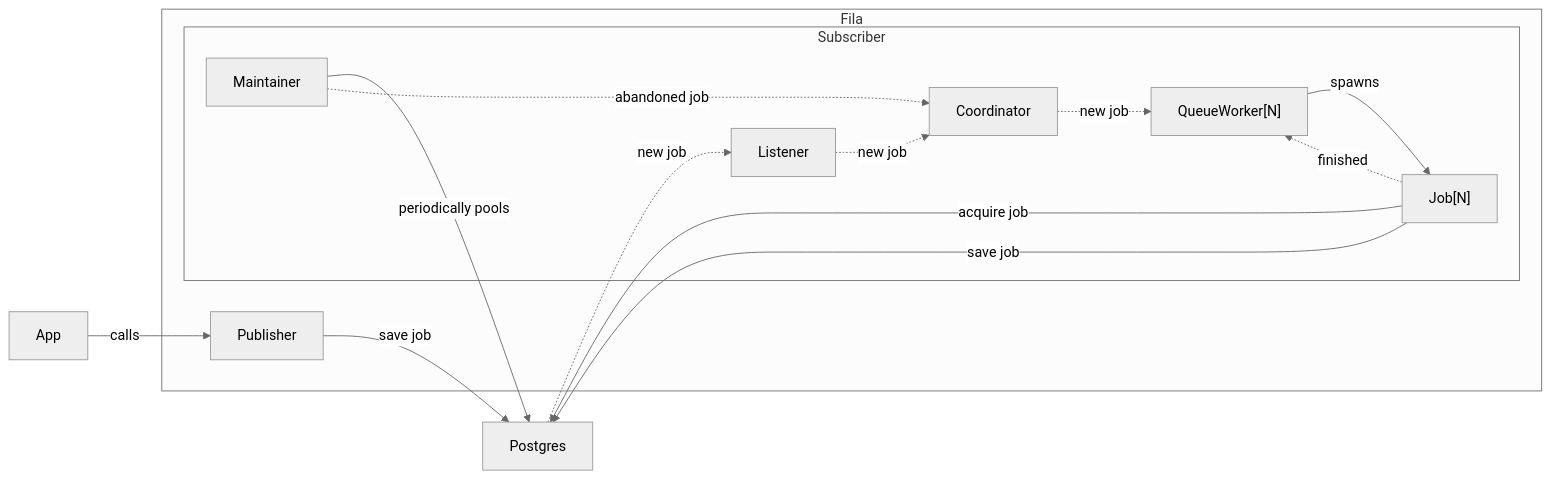
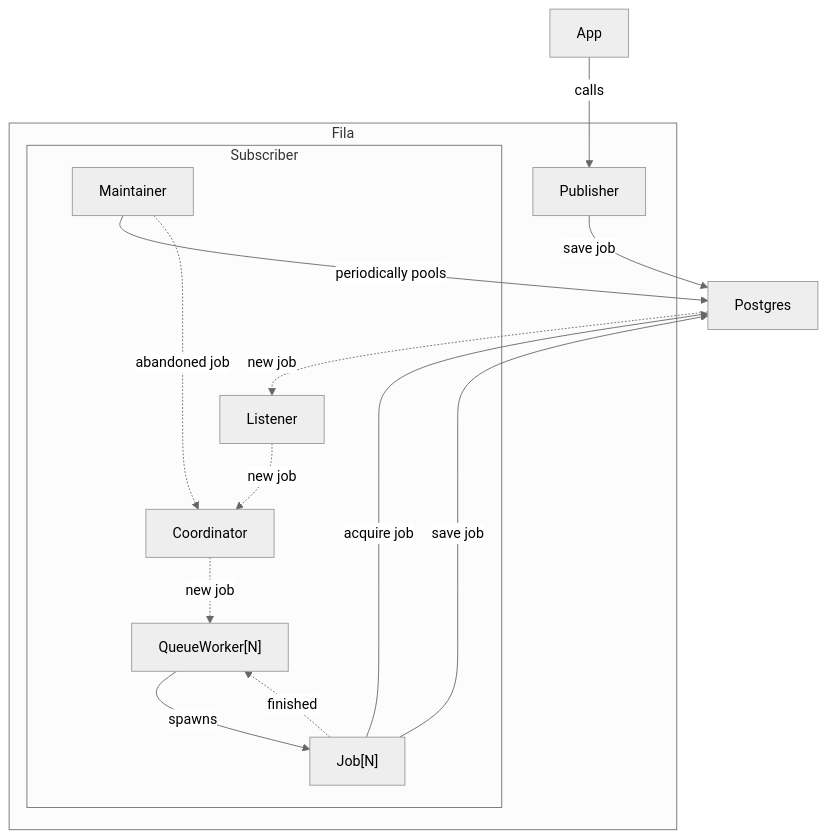
The second of 2 diagrams in docs/design.md (lffg/fila), drawn with Mermaid (neutral theme) before and after one commit.

Commit message:
Change diagram direction

````diff
--- a/docs/design.md
+++ b/docs/design.md
@@ -38,34 +38,34 @@
 ```mermaid
-graph LR
+graph TB
     App
     App -- "calls" --> Publisher
 
     Postgres
     Postgres -. "new job" .-> Listener
     Publisher -- "save job" --> Postgres
     Maintainer -- "periodically pools" --> Postgres
     Job -- "acquire job" --> Postgres
     Job -- "save job" --> Postgres
 
     subgraph Fila
         Publisher
 
         subgraph Subscriber
             Coordinator
             Coordinator -. "new job" .-> QueueWorker
 
                 QueueWorker["QueueWorker[N]"]
                 QueueWorker -- "spawns" --> Job
 
                     Job["Job[N]"]
                     Job -. "finished" .-> QueueWorker
 
 
             Listener
             Listener -. "new job" .-> Coordinator
 
             Maintainer
             Maintainer -. "abandoned job" .-> Coordinator
         end
     end
 ```
````
